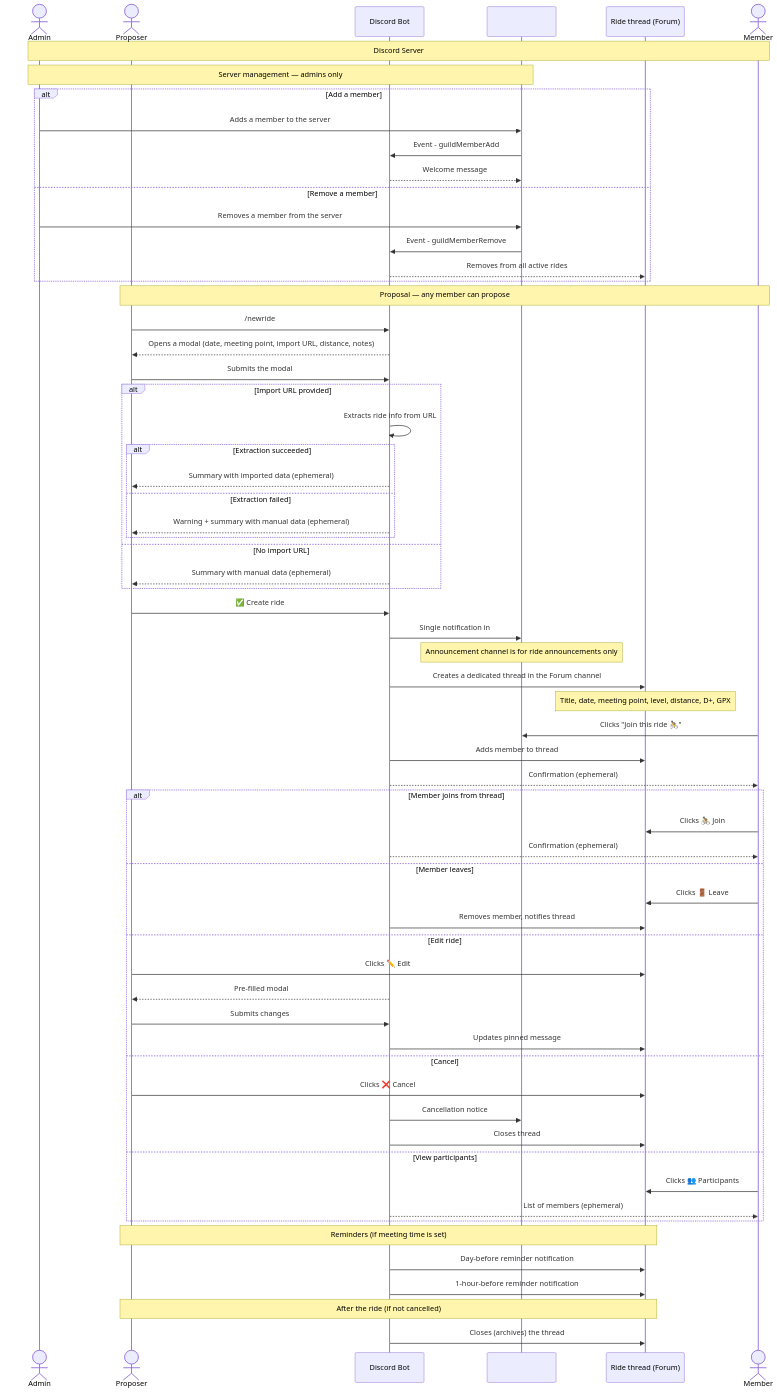
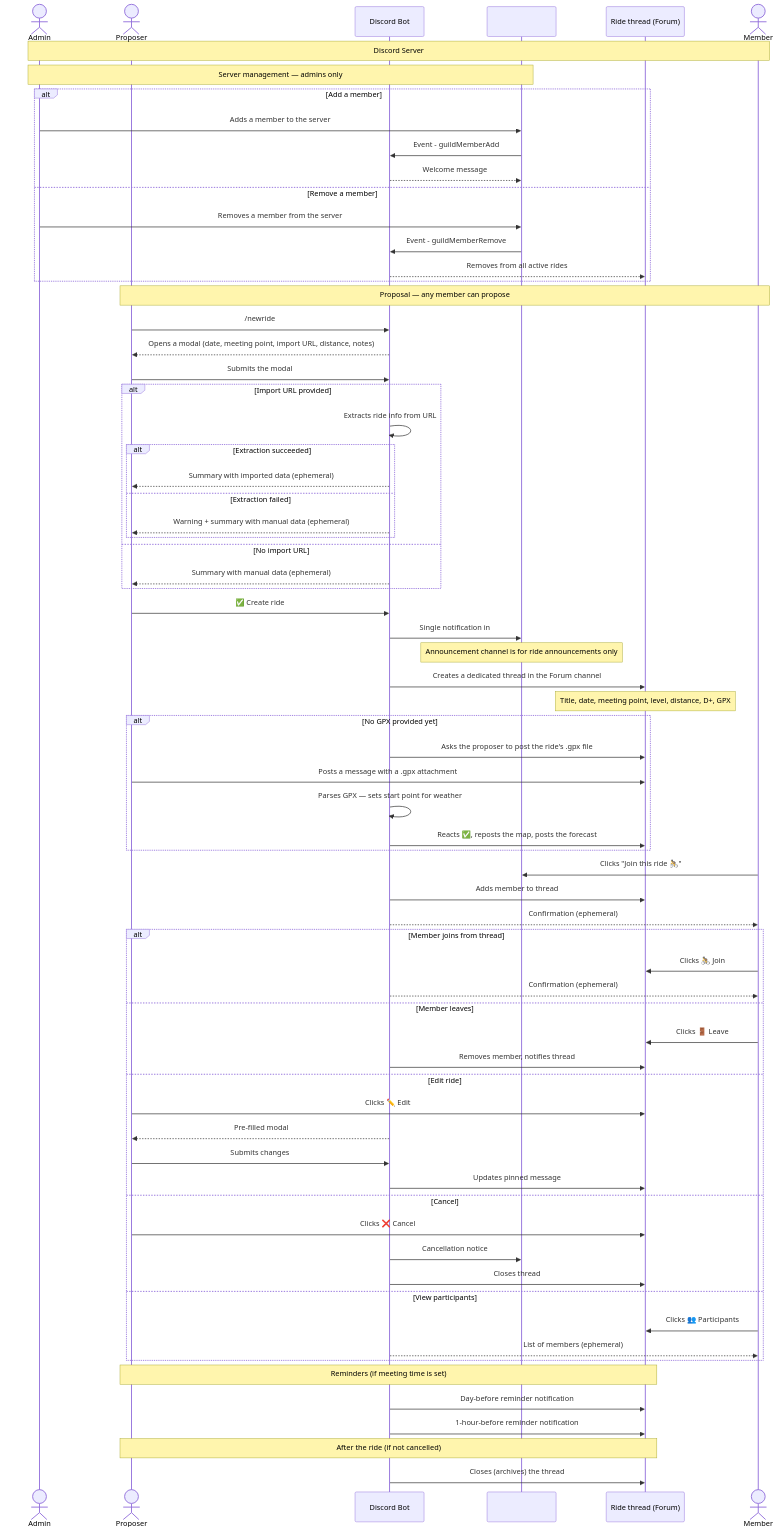
The diagram in README.md (Slashgear/group-ride), drawn with Mermaid before and after one commit. The commit also changed 23 other files, not shown here.

Commit message:
feat(discord): let the proposer upload a GPX after ride creation

```diff
--- a/README.md
+++ b/README.md
@@ -154,6 +154,13 @@
     Bot->>Ride: Creates a dedicated thread in the Forum channel
     Note over Ride: Title, date, meeting point, level, distance, D+, GPX
 
+    alt No GPX provided yet
+        Bot->>Ride: Asks the proposer to post the ride's .gpx file
+        Proposer->>Ride: Posts a message with a .gpx attachment
+        Bot->>Bot: Parses GPX — sets start point for weather
+        Bot->>Ride: Reacts ✅, reposts the map, posts the forecast
+    end
+
     Member->>Channel: Clicks "Join this ride 🚴"
     Bot->>Ride: Adds member to thread
     Bot-->>Member: Confirmation (ephemeral)
```
